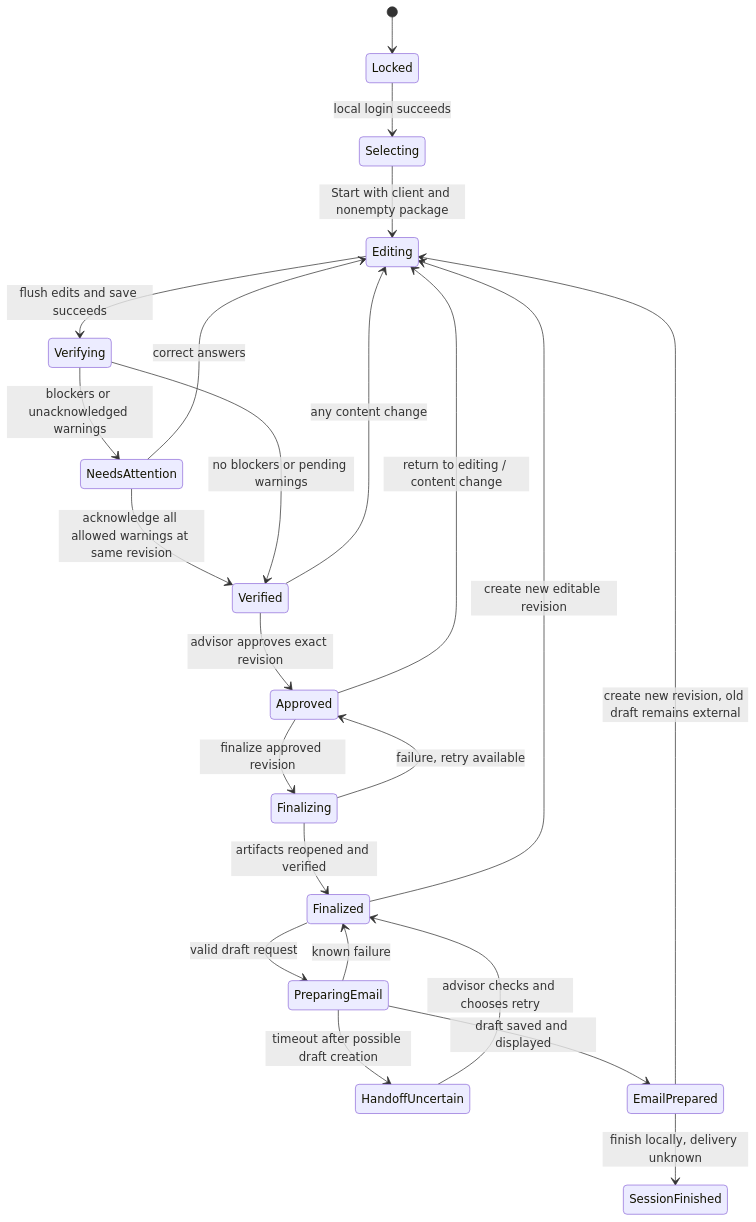
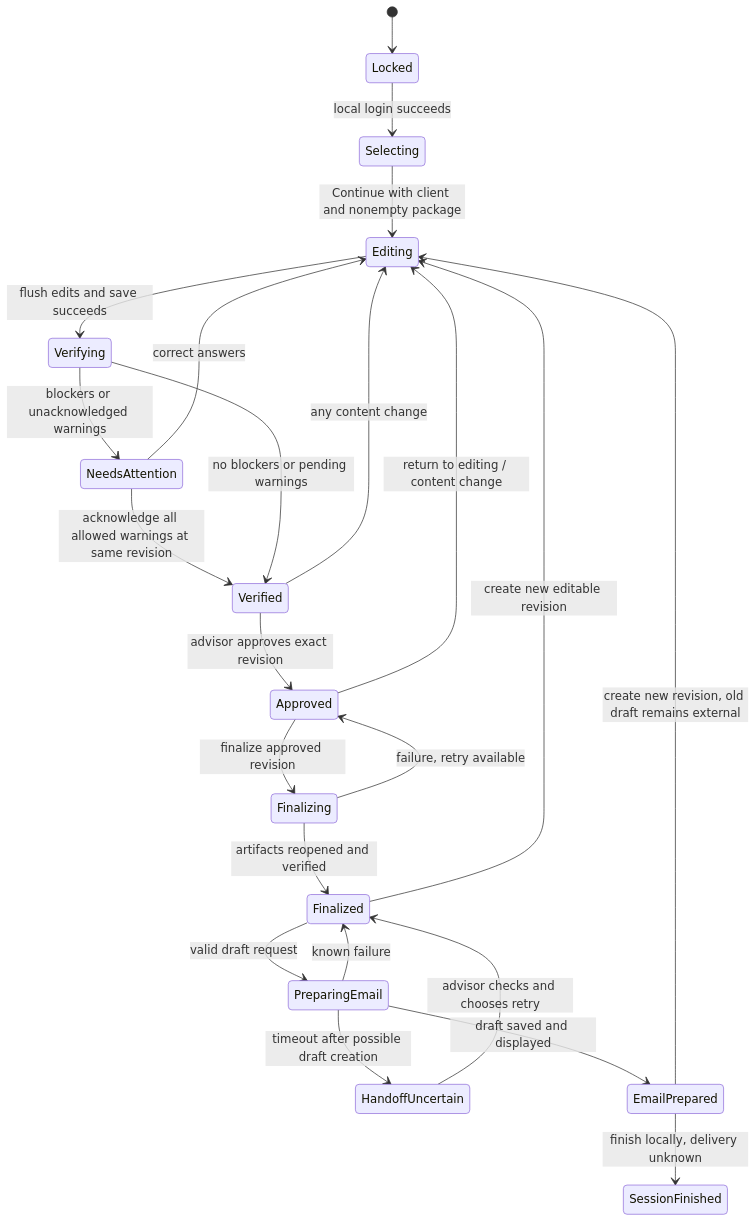
One commit to dand58022/FFA_internal changed the diagram in docs/specs/2026-09-14-stage-1-ux.md. Above: the diagram before and after it, drawn with Mermaid. The commit also changed other lines of this file and 15 other files, not shown here.

````diff
--- a/docs/specs/2026-09-14-stage-1-ux.md
+++ b/docs/specs/2026-09-14-stage-1-ux.md
@@ -131,25 +148,25 @@
 ```mermaid
 stateDiagram-v2
     [*] --> Locked
     Locked --> Selecting: local login succeeds
-    Selecting --> Editing: Start with client and nonempty package
+    Selecting --> Editing: Continue with client and nonempty package
     Editing --> Verifying: flush edits and save succeeds
     Verifying --> NeedsAttention: blockers or unacknowledged warnings
     NeedsAttention --> Editing: correct answers
     NeedsAttention --> Verified: acknowledge all allowed warnings at same revision
     Verifying --> Verified: no blockers or pending warnings
     Verified --> Editing: any content change
     Verified --> Approved: advisor approves exact revision
     Approved --> Editing: return to editing / content change
     Approved --> Finalizing: finalize approved revision
     Finalizing --> Approved: failure, retry available
     Finalizing --> Finalized: artifacts reopened and verified
     Finalized --> PreparingEmail: valid draft request
     PreparingEmail --> Finalized: known failure
     PreparingEmail --> HandoffUncertain: timeout after possible draft creation
     PreparingEmail --> EmailPrepared: draft saved and displayed
     HandoffUncertain --> Finalized: advisor checks and chooses retry
     EmailPrepared --> SessionFinished: finish locally, delivery unknown
     Finalized --> Editing: create new editable revision
     EmailPrepared --> Editing: create new revision, old draft remains external
 ```
````
